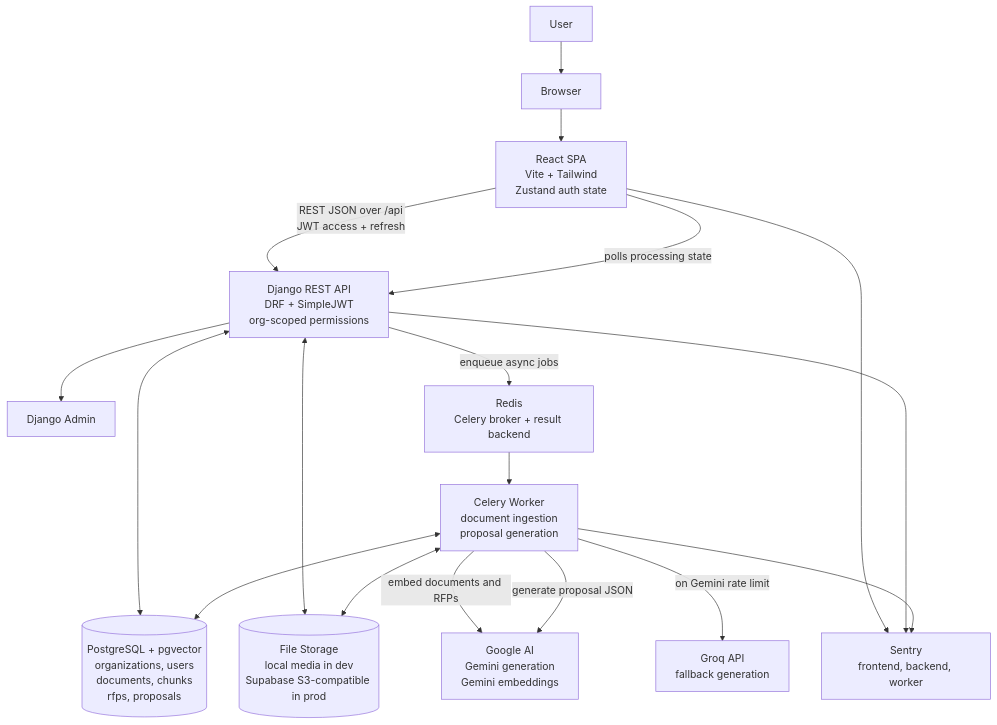
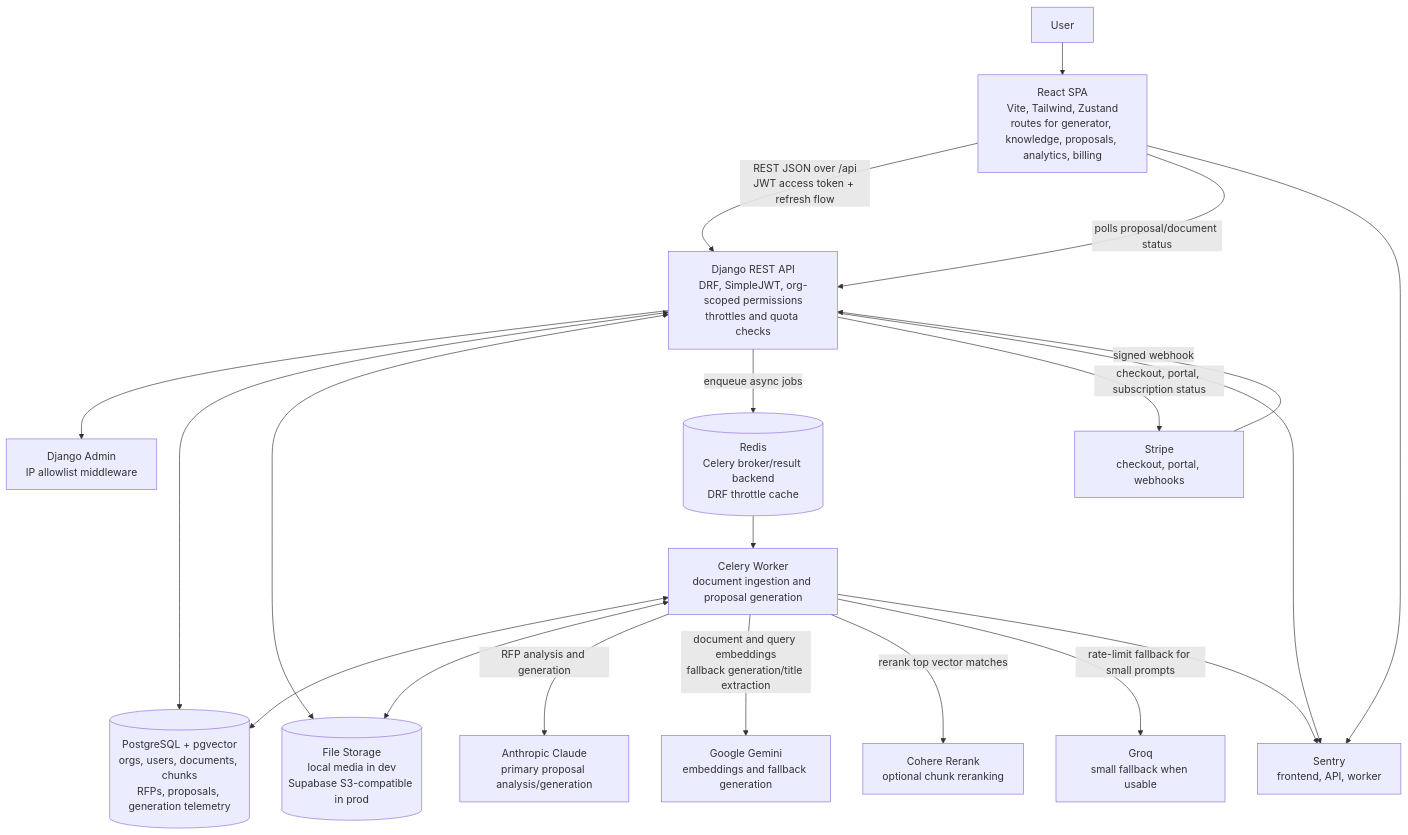
One commit to hassanzafarr/draftly changed the first of 6 diagrams in docs/architecture-diagram.md. Above: the diagram before and after it, drawn with Mermaid. The commit also changed other lines of this file and 10 other files, not shown here.

````diff
--- a/docs/architecture-diagram.md
+++ b/docs/architecture-diagram.md
@@ -7,33 +7,40 @@
 ```mermaid
 flowchart TB
     user[User]
-    browser[Browser]
-    frontend[React SPA<br/>Vite + Tailwind<br/>Zustand auth state]
-    api[Django REST API<br/>DRF + SimpleJWT<br/>org-scoped permissions]
-    admin[Django Admin]
-    redis[Redis<br/>Celery broker + result backend]
-    worker[Celery Worker<br/>document ingestion<br/>proposal generation]
-    db[(PostgreSQL + pgvector<br/>organizations, users<br/>documents, chunks<br/>rfps, proposals)]
+    spa[React SPA<br/>Vite, Tailwind, Zustand<br/>routes for generator, knowledge, proposals, analytics, billing]
+    api[Django REST API<br/>DRF, SimpleJWT, org-scoped permissions<br/>throttles and quota checks]
+    admin[Django Admin<br/>IP allowlist middleware]
+    worker[Celery Worker<br/>document ingestion and proposal generation]
+    redis[(Redis<br/>Celery broker/result backend<br/>DRF throttle cache)]
+    db[(PostgreSQL + pgvector<br/>orgs, users, documents, chunks<br/>RFPs, proposals, generation telemetry)]
     storage[(File Storage<br/>local media in dev<br/>Supabase S3-compatible in prod)]
-    google[Google AI<br/>Gemini generation<br/>Gemini embeddings]
-    groq[Groq API<br/>fallback generation]
-    sentry[Sentry<br/>frontend, backend, worker]
+    claude[Anthropic Claude<br/>primary proposal analysis/generation]
+    gemini[Google Gemini<br/>embeddings and fallback generation]
+    cohere[Cohere Rerank<br/>optional chunk reranking]
+    groq[Groq<br/>small fallback when usable]
+    stripe[Stripe<br/>checkout, portal, webhooks]
+    sentry[Sentry<br/>frontend, API, worker]
 
-    user --> browser
-    browser --> frontend
-    frontend -->|REST JSON over /api<br/>JWT access + refresh| api
-    frontend -->|polls processing state| api
+    user --> spa
+    spa -->|REST JSON over /api<br/>JWT access token + refresh flow| api
+    spa -->|polls proposal/document status| api
+    spa --> sentry
+
     api --> admin
+    api <--> db
+    api <--> storage
     api -->|enqueue async jobs| redis
     redis --> worker
-    api <--> db
     worker <--> db
-    api <--> storage
     worker <--> storage
-    worker -->|embed documents and RFPs| google
-    worker -->|generate proposal JSON| google
-    worker -->|on Gemini rate limit| groq
-    frontend --> sentry
+
+    worker -->|RFP analysis and generation| claude
+    worker -->|document and query embeddings<br/>fallback generation/title extraction| gemini
+    worker -->|rerank top vector matches| cohere
+    worker -->|rate-limit fallback for small prompts| groq
+
+    api -->|checkout, portal, subscription status| stripe
+    stripe -->|signed webhook| api
     api --> sentry
     worker --> sentry
 ```
````
